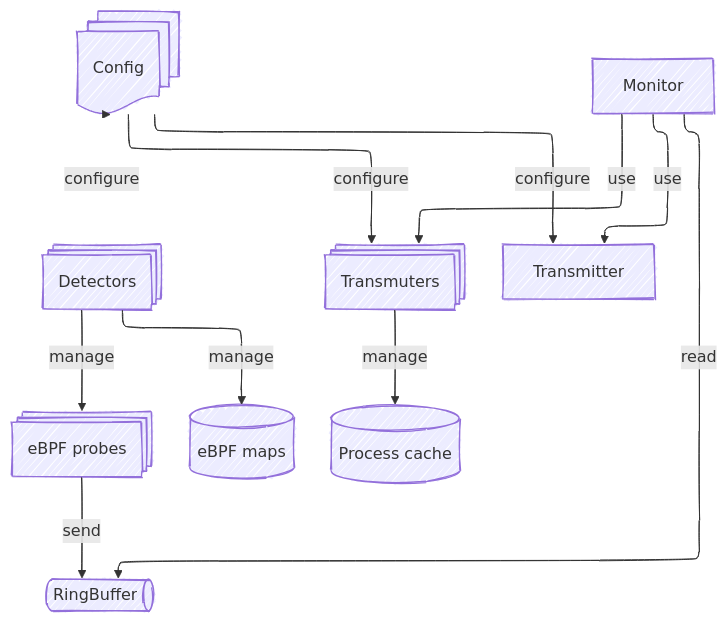
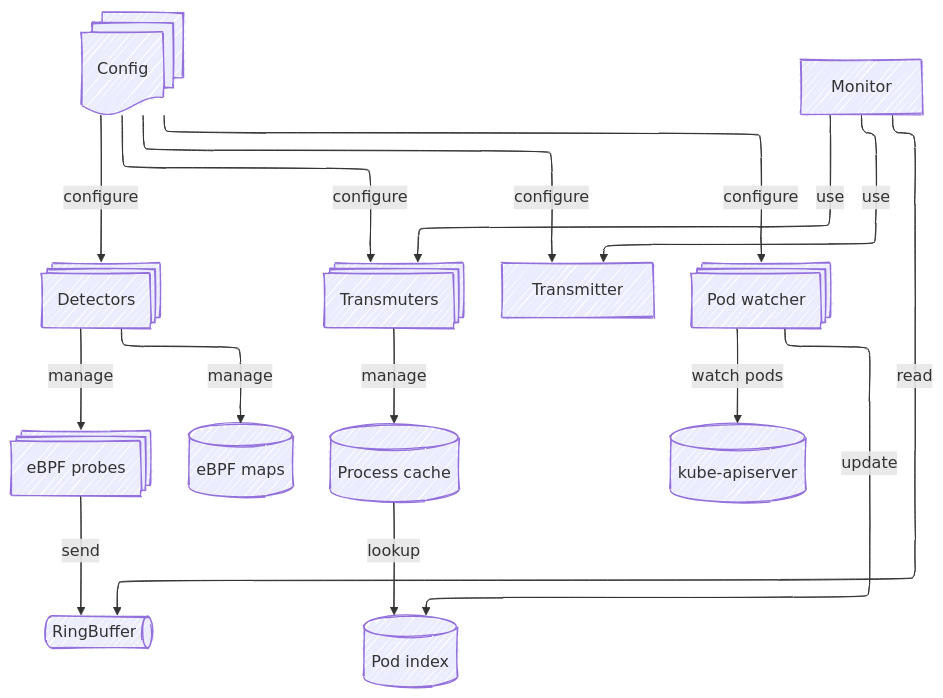
The first of 2 diagrams in docs/src/design.md (bombinisecurity/bombini), drawn with Mermaid before and after one commit. The commit also changed other lines of this file and 8 other files, not shown here.

````diff
--- a/docs/src/design.md
+++ b/docs/src/design.md
@@ -10,26 +10,33 @@
 ```mermaid
 ---
 config:
   layout: elk
   look: handDrawn
 ---
 flowchart TB
     A["Config"] -- configure --> B["Detectors"]
     B -- manage --> C["eBPF probes"]
     B -- manage --> D["eBPF maps"]
     A -- configure --> E["Transmuters"]
     A -- configure --> F["Transmitter"]
     G["Monitor"] -- use --> E
     G["Monitor"] -- use --> F
     G["Monitor"] -- read --> H["RingBuffer"]
     E -- manage --> I["Process cache"]
     C -- send --> H
+    A -- configure --> J["Pod watcher"]
+    J -- update --> K["Pod index"]
+    I -- lookup --> K
+    J -- watch pods --> L["kube-apiserver"]
 
     A@{ shape: docs}
     B@{ shape: processes}
     C@{ shape: processes}
     D@{ shape: cyl}
     E@{ shape: processes}
     H@{ shape: das}
     I@{ shape: cyl}
+    J@{ shape: processes}
+    K@{ shape: cyl}
+    L@{ shape: cyl}
 ```
````
